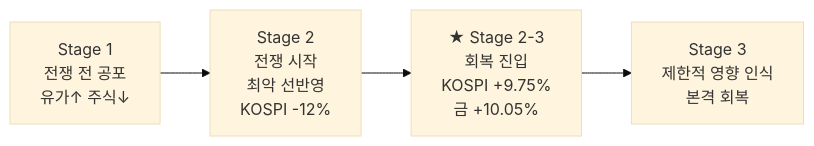
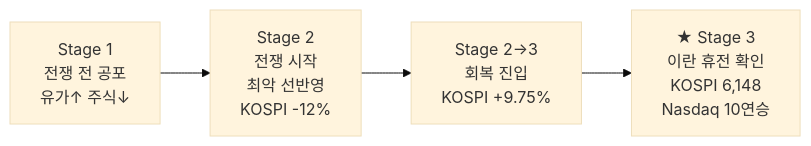
One commit to dss99911/dss99911.github.io changed the third of 9 diagrams in _posts/knowledge/invest/2026-01-12-macroeconomic-policy-sector-outlook-2026.md. Above: the diagram before and after it, drawn with Mermaid (base theme). The commit also changed other lines of this file and 2 other files, not shown here.

First line of the commit message:
투자 전망 데일리 트랙킹 4/15: KOSPI 6000 돌파, SOXX +13.8%, Anthropic Mythos, 유가 급락

````diff
--- a/_posts/knowledge/invest/2026-01-12-macroeconomic-policy-sector-outlook-2026.md
+++ b/_posts/knowledge/invest/2026-01-12-macroeconomic-policy-sector-outlook-2026.md
@@ -122,6 +145,6 @@
 ```mermaid
 graph LR
     A["Stage 1<br/>전쟁 전 공포<br/>유가↑ 주식↓"] --> B["Stage 2<br/>전쟁 시작<br/>최악 선반영<br/>KOSPI -12%"]
-    B --> C["★ Stage 2-3<br/>회복 진입<br/>KOSPI +9.75%<br/>금 +10.05%"]
-    C --> D["Stage 3<br/>제한적 영향 인식<br/>본격 회복"]
+    B --> C["Stage 2→3<br/>회복 진입<br/>KOSPI +9.75%"]
+    C --> D["★ Stage 3<br/>이란 휴전 확인<br/>KOSPI 6,148<br/>Nasdaq 10연승"]
 ```
````
